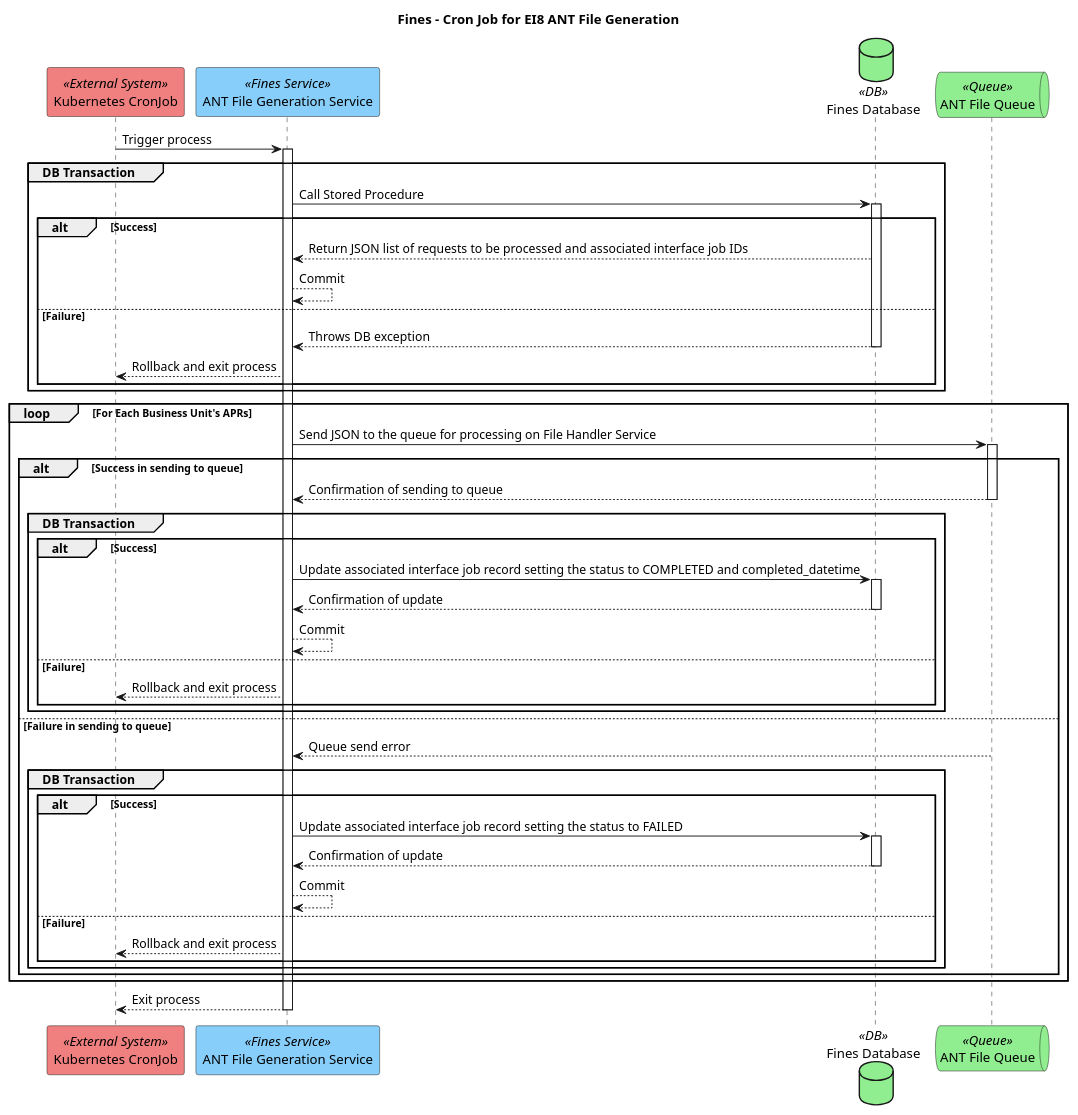
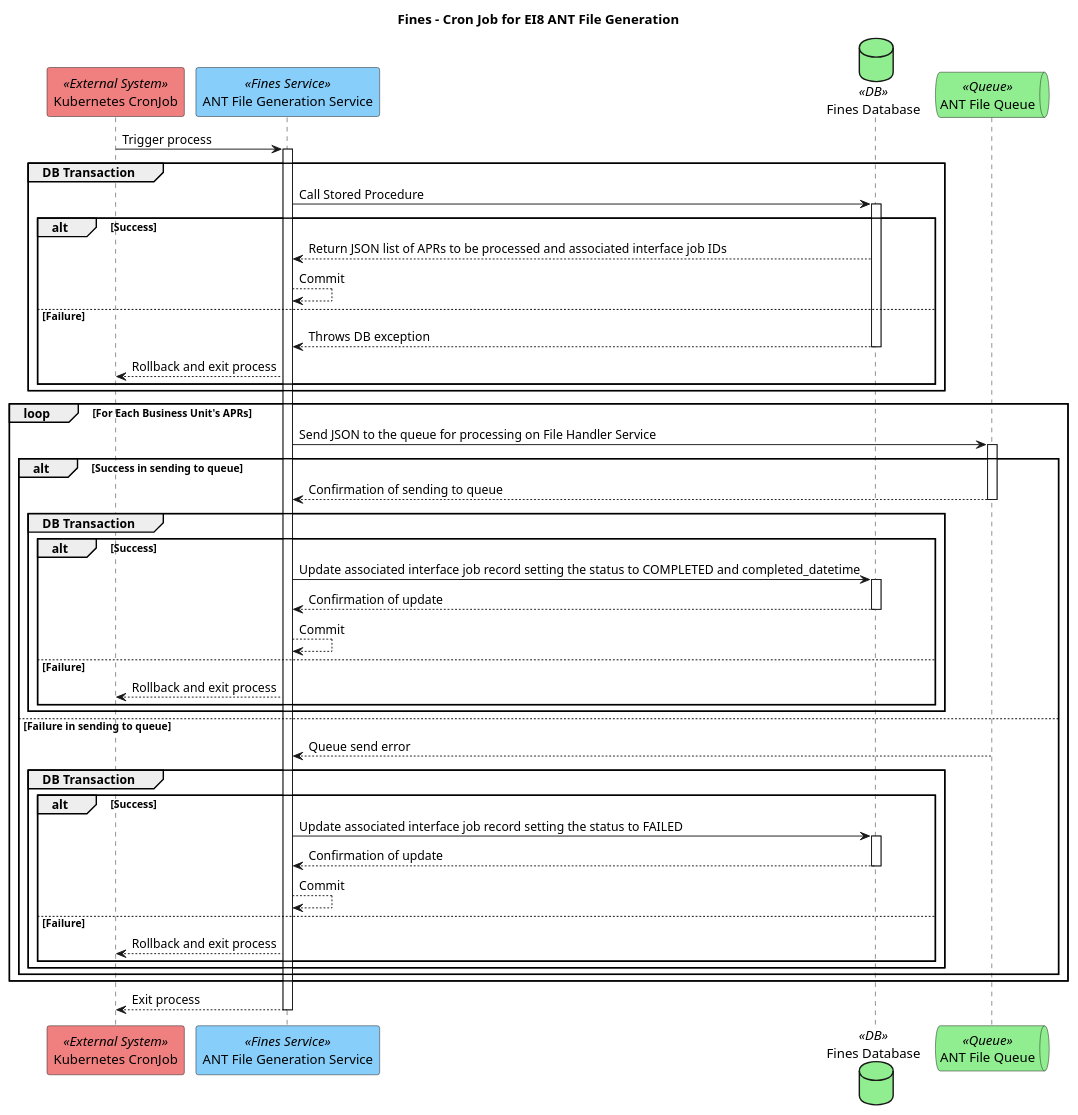
Before and after one commit to hmcts/opal-docs: the diagram in plantUML/defendant-account/ei8-cron-job.puml, drawn with PlantUML.

Commit message:
Changing EI8 cron job to say APRs

```diff
--- a/plantUML/defendant-account/ei8-cron-job.puml
+++ b/plantUML/defendant-account/ei8-cron-job.puml
@@ -1,46 +1,46 @@
 @startuml
 title "Fines - Cron Job for EI8 ANT File Generation"
 participant "Kubernetes CronJob" as cronjob <<External System>> #LightCoral
 participant "ANT File Generation Service" as antFileGenerationService <<Fines Service>> #LightSkyBlue
 database "Fines Database" as finesDb <<DB>> #LightGreen
 queue "ANT File Queue" as antFileQueue <<Queue>> #lightgreen
 
 cronjob -> antFileGenerationService ++ : Trigger process
 group DB Transaction
     antFileGenerationService -> finesDb ++ : Call Stored Procedure
     alt Success
-        finesDb --> antFileGenerationService : Return JSON list of requests to be processed and associated interface job IDs
+        finesDb --> antFileGenerationService : Return JSON list of APRs to be processed and associated interface job IDs
         antFileGenerationService --> antFileGenerationService : Commit
     else Failure
         finesDb --> antFileGenerationService -- : Throws DB exception
         antFileGenerationService --> cronjob : Rollback and exit process
     end
 end
 loop For Each Business Unit's APRs
     antFileGenerationService -> antFileQueue ++ : Send JSON to the queue for processing on File Handler Service
     alt Success in sending to queue
         antFileQueue --> antFileGenerationService -- : Confirmation of sending to queue
         group DB Transaction
             alt Success
                 antFileGenerationService -> finesDb ++ : Update associated interface job record setting the status to COMPLETED and completed_datetime
                 finesDb --> antFileGenerationService -- : Confirmation of update
                 antFileGenerationService --> antFileGenerationService : Commit
             else Failure
                 antFileGenerationService --> cronjob : Rollback and exit process
             end
         end
     else Failure in sending to queue
         antFileQueue --> antFileGenerationService : Queue send error
         group DB Transaction
             alt Success
                 antFileGenerationService -> finesDb ++ : Update associated interface job record setting the status to FAILED
                 finesDb --> antFileGenerationService -- : Confirmation of update
                 antFileGenerationService --> antFileGenerationService : Commit
             else Failure
                 antFileGenerationService --> cronjob : Rollback and exit process
             end
         end
     end
 end
 antFileGenerationService --> cronjob -- : Exit process
 @enduml
```
